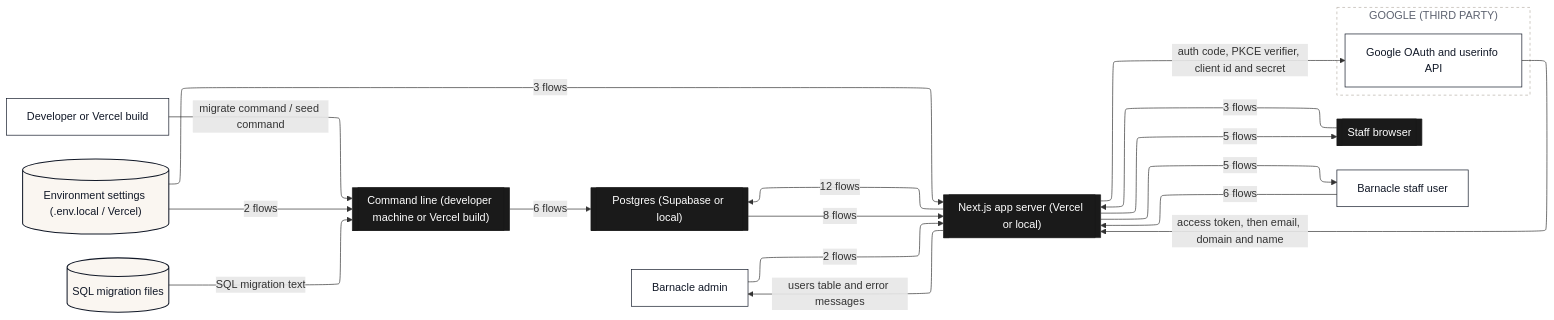
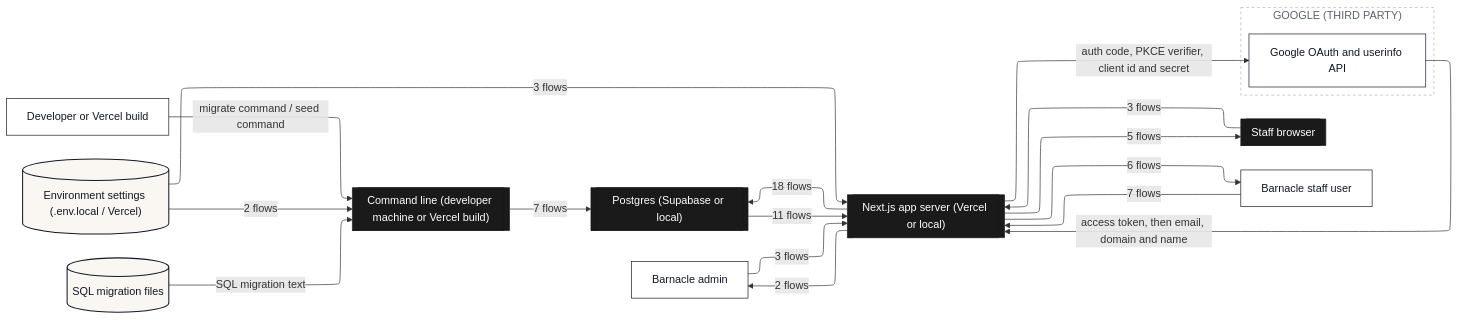
Before and after one commit to Romain-Perche/Barnacle-Pipe: the second of 9 diagrams in dataflow/DATAFLOW.md, drawn with Mermaid. The commit also changed other lines of this file and 12 other files, not shown here.

````diff
--- a/dataflow/DATAFLOW.md
+++ b/dataflow/DATAFLOW.md
@@ -76,44 +86,44 @@
 ```mermaid
 ---
 config:
   layout: elk
 ---
 flowchart LR
     n1[["Next.js app server (Vercel or local)"]]
     n2[["Staff browser"]]
     n3[["Command line (developer machine or Vercel build)"]]
     n4[["Postgres (Supabase or local)"]]
     n5["Barnacle admin"]
     n6["Developer or Vercel build"]
     n7[("Environment settings (.env.local / Vercel)")]
     n8[("SQL migration files")]
     n9["Barnacle staff user"]
     subgraph z1["GOOGLE (THIRD PARTY)"]
         n10["Google OAuth and userinfo API"]
     end
-    n5 -->|"2 flows"| n1
-    n1 -->|"5 flows"| n9
+    n5 -->|"3 flows"| n1
+    n1 -->|"6 flows"| n9
     n2 -->|"3 flows"| n1
-    n1 -->|"12 flows"| n4
-    n4 -->|"8 flows"| n1
+    n1 -->|"18 flows"| n4
+    n4 -->|"11 flows"| n1
     n6 -->|"migrate command / seed command"| n3
     n7 -->|"3 flows"| n1
     n7 -->|"2 flows"| n3
     n1 -->|"5 flows"| n2
     n1 -->|"auth code, PKCE verifier, client id and secret"| n10
     n10 -->|"access token, then email, domain and name"| n1
-    n3 -->|"6 flows"| n4
+    n3 -->|"7 flows"| n4
     n8 -->|"SQL migration text"| n3
-    n9 -->|"6 flows"| n1
-    n1 -->|"users table and error messages"| n5
+    n1 -->|"2 flows"| n5
+    n9 -->|"7 flows"| n1
     classDef actor fill:#FFFFFF,stroke:#111827,stroke-width:1px,color:#111827
     classDef process fill:#EDEAFF,stroke:#2B00FF,stroke-width:1.5px,color:#111827
     classDef store fill:#FAF6F1,stroke:#111827,stroke-width:1.5px,color:#111827
     classDef zone fill:#1A1A1A,stroke:#1A1A1A,color:#FFFFFF
     classDef group fill:#2B00FF,stroke:#2B00FF,color:#FFFFFF
     classDef stub fill:#FFFFFF,stroke:#2B00FF,stroke-width:1.5px,stroke-dasharray:5 4,color:#2B00FF
     class n5,n6,n9,n10 actor
     class n7,n8 store
     class n1,n2,n3,n4 zone
     style z1 fill:#FFFFFF,stroke:#B9B2A8,stroke-dasharray:4 4,color:#5D6270
 ```
````
